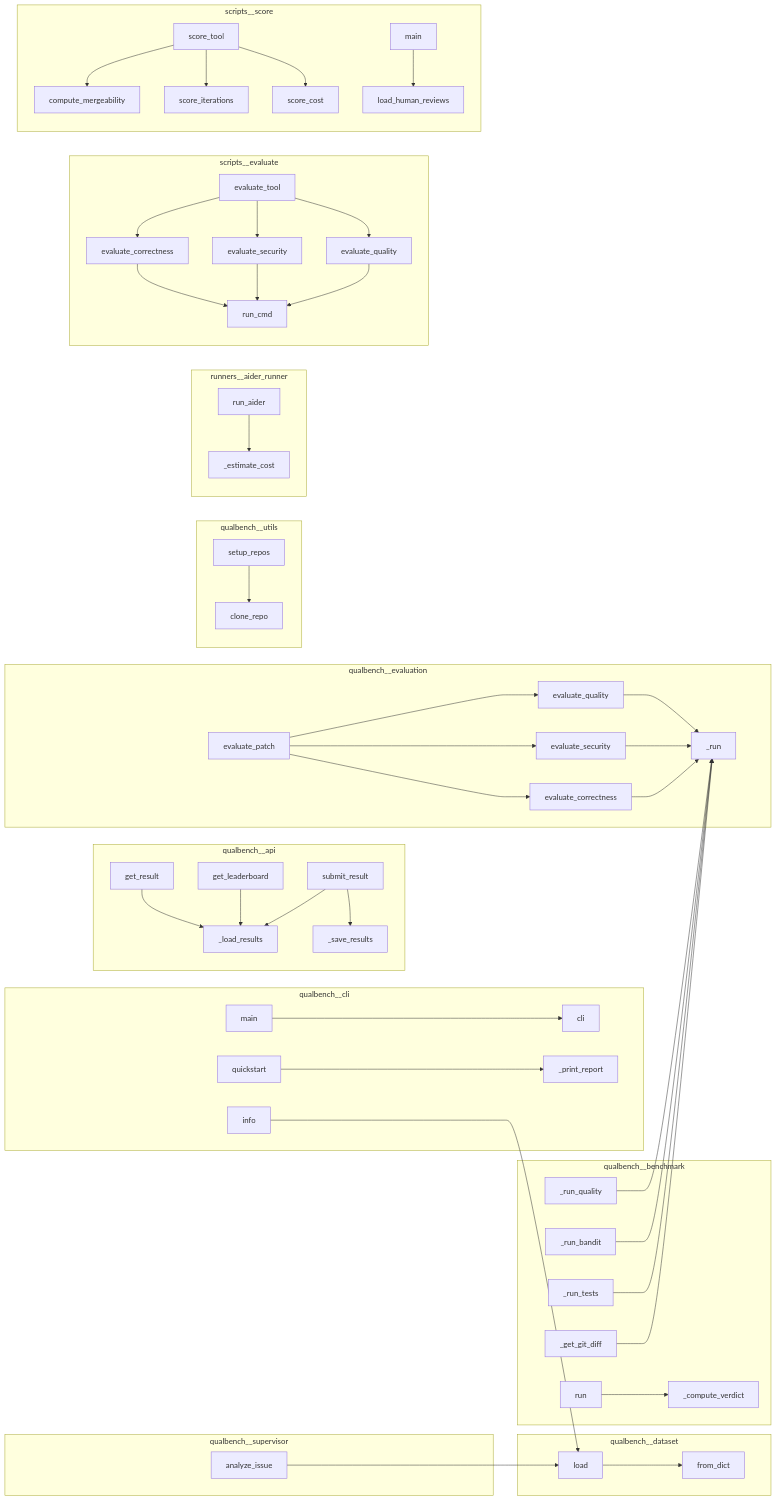
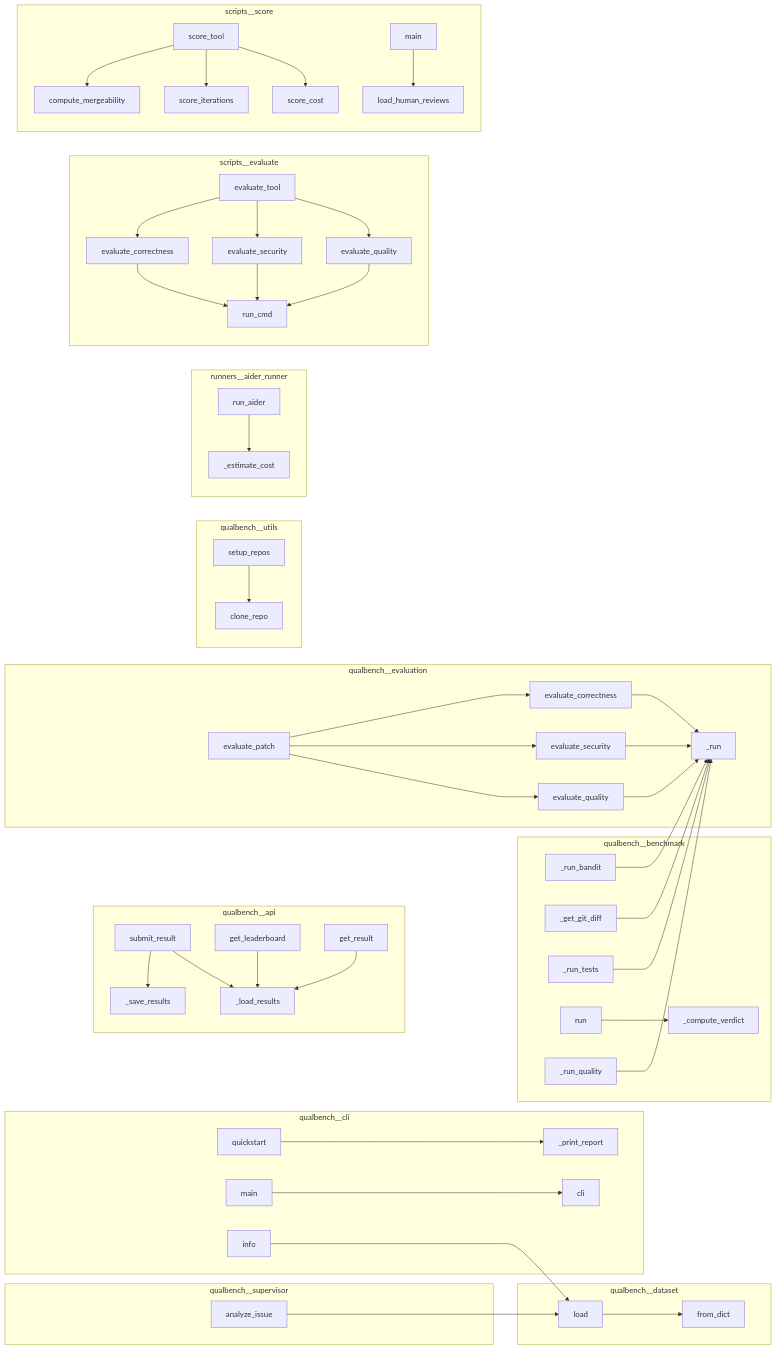
The diagram in project/calls.mmd (semcod/qualbench), drawn with Mermaid before and after one commit. The commit also changed other lines of this file and 12 other files, not shown here.

Commit message:
refactor: fix remaining magic numbers in core package - repos.py, runners/__init__.py

```diff
--- a/project/calls.mmd
+++ b/project/calls.mmd
@@ -1,92 +1,92 @@
 flowchart LR
     subgraph qualbench__api
+        qualbench__api___save_results["_save_results"]
+        qualbench__api__submit_result["submit_result"]
+        qualbench__api___load_results["_load_results"]
+        qualbench__api__get_result["get_result"]
         qualbench__api__get_leaderboard["get_leaderboard"]
-        qualbench__api__get_result["get_result"]
-        qualbench__api___save_results["_save_results"]
-        qualbench__api___load_results["_load_results"]
-        qualbench__api__submit_result["submit_result"]
     end
     subgraph qualbench__benchmark
-        qualbench__benchmark__QualBenchRunner__run["run"]
-        qualbench__benchmark__QualBenchRunner___run_tests["_run_tests"]
-        qualbench__benchmark__QualBenchRunner___get_git_diff["_get_git_diff"]
-        qualbench__benchmark__QualBenchRunner___run_quality["_run_quality"]
         qualbench__benchmark__QualBenchRunner___run_bandit["_run_bandit"]
         qualbench__benchmark___compute_verdict["_compute_verdict"]
+        qualbench__benchmark__QualBenchRunner___get_git_diff["_get_git_diff"]
+        qualbench__benchmark__QualBenchRunner___run_tests["_run_tests"]
+        qualbench__benchmark__QualBenchRunner__run["run"]
+        qualbench__benchmark__QualBenchRunner___run_quality["_run_quality"]
     end
     subgraph qualbench__cli
+        qualbench__cli__quickstart["quickstart"]
+        qualbench__cli___print_report["_print_report"]
+        qualbench__cli__main["main"]
         qualbench__cli__cli["cli"]
         qualbench__cli__info["info"]
-        qualbench__cli__main["main"]
-        qualbench__cli__quickstart["quickstart"]
-        qualbench__cli___print_report["_print_report"]
     end
     subgraph qualbench__dataset
+        qualbench__dataset__Issue__from_dict["from_dict"]
         qualbench__dataset__Dataset__load["load"]
-        qualbench__dataset__Issue__from_dict["from_dict"]
     end
     subgraph qualbench__evaluation
+        qualbench__evaluation__evaluate_patch["evaluate_patch"]
+        qualbench__evaluation___run["_run"]
+        qualbench__evaluation__evaluate_security["evaluate_security"]
         qualbench__evaluation__evaluate_quality["evaluate_quality"]
         qualbench__evaluation__evaluate_correctness["evaluate_correctness"]
-        qualbench__evaluation__evaluate_security["evaluate_security"]
-        qualbench__evaluation___run["_run"]
-        qualbench__evaluation__evaluate_patch["evaluate_patch"]
     end
     subgraph qualbench__supervisor
         qualbench__supervisor__SupervisorAI__analyze_issue["analyze_issue"]
     end
     subgraph qualbench__utils
+        qualbench__utils__repos__setup_repos["setup_repos"]
         qualbench__utils__repos__clone_repo["clone_repo"]
-        qualbench__utils__repos__setup_repos["setup_repos"]
     end
     subgraph runners__aider_runner
+        runners__aider_runner___estimate_cost["_estimate_cost"]
         runners__aider_runner__run_aider["run_aider"]
-        runners__aider_runner___estimate_cost["_estimate_cost"]
     end
     subgraph scripts__evaluate
         scripts__evaluate__evaluate_correctness["evaluate_correctness"]
-        scripts__evaluate__evaluate_security["evaluate_security"]
+        scripts__evaluate__evaluate_quality["evaluate_quality"]
         scripts__evaluate__run_cmd["run_cmd"]
         scripts__evaluate__evaluate_tool["evaluate_tool"]
-        scripts__evaluate__evaluate_quality["evaluate_quality"]
+        scripts__evaluate__evaluate_security["evaluate_security"]
     end
     subgraph scripts__score
         scripts__score__main["main"]
         scripts__score__compute_mergeability["compute_mergeability"]
+        scripts__score__score_tool["score_tool"]
         scripts__score__score_iterations["score_iterations"]
         scripts__score__score_cost["score_cost"]
-        scripts__score__score_tool["score_tool"]
         scripts__score__load_human_reviews["load_human_reviews"]
     end
     qualbench__cli__quickstart --> qualbench__cli___print_report
     qualbench__cli__info --> qualbench__dataset__Dataset__load
     qualbench__cli__main --> qualbench__cli__cli
+    qualbench__dataset__Dataset__load --> qualbench__dataset__Issue__from_dict
+    qualbench__utils__repos__setup_repos --> qualbench__utils__repos__clone_repo
     qualbench__supervisor__SupervisorAI__analyze_issue --> qualbench__dataset__Dataset__load
-    qualbench__utils__repos__setup_repos --> qualbench__utils__repos__clone_repo
-    qualbench__dataset__Dataset__load --> qualbench__dataset__Issue__from_dict
     qualbench__evaluation__evaluate_correctness --> qualbench__evaluation___run
     qualbench__evaluation__evaluate_security --> qualbench__evaluation___run
     qualbench__evaluation__evaluate_quality --> qualbench__evaluation___run
     qualbench__evaluation__evaluate_patch --> qualbench__evaluation__evaluate_correctness
     qualbench__evaluation__evaluate_patch --> qualbench__evaluation__evaluate_security
     qualbench__evaluation__evaluate_patch --> qualbench__evaluation__evaluate_quality
     scripts__evaluate__evaluate_correctness --> scripts__evaluate__run_cmd
     scripts__evaluate__evaluate_security --> scripts__evaluate__run_cmd
     scripts__evaluate__evaluate_quality --> scripts__evaluate__run_cmd
     scripts__evaluate__evaluate_tool --> scripts__evaluate__evaluate_correctness
     scripts__evaluate__evaluate_tool --> scripts__evaluate__evaluate_security
     scripts__evaluate__evaluate_tool --> scripts__evaluate__evaluate_quality
     scripts__score__score_tool --> scripts__score__compute_mergeability
     scripts__score__score_tool --> scripts__score__score_iterations
     scripts__score__score_tool --> scripts__score__score_cost
     scripts__score__main --> scripts__score__load_human_reviews
     runners__aider_runner__run_aider --> runners__aider_runner___estimate_cost
     qualbench__benchmark__QualBenchRunner__run --> qualbench__benchmark___compute_verdict
     qualbench__benchmark__QualBenchRunner___get_git_diff --> qualbench__evaluation___run
     qualbench__benchmark__QualBenchRunner___run_tests --> qualbench__evaluation___run
     qualbench__benchmark__QualBenchRunner___run_bandit --> qualbench__evaluation___run
     qualbench__benchmark__QualBenchRunner___run_quality --> qualbench__evaluation___run
     qualbench__api__submit_result --> qualbench__api___load_results
     qualbench__api__submit_result --> qualbench__api___save_results
     qualbench__api__get_leaderboard --> qualbench__api___load_results
     qualbench__api__get_result --> qualbench__api___load_results
```
